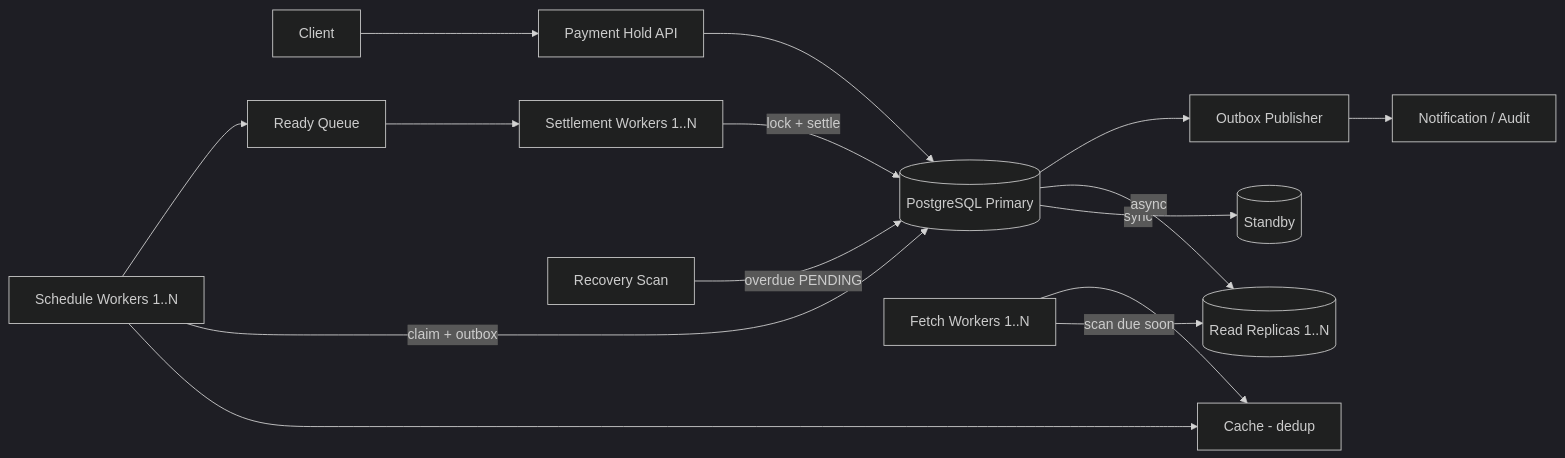
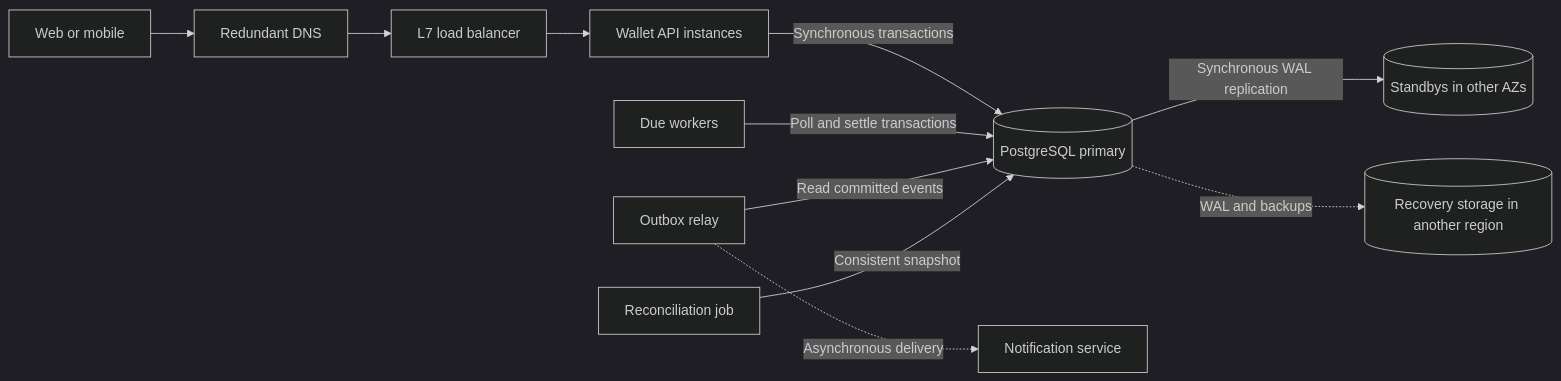
Before and after one commit to piyushkp/interview26: the first of 2 diagrams in Design/Roblox/payment-holds-design.md, drawn with Mermaid (dark theme). The commit also changed other lines of this file and 6 other files, not shown here.

````diff
--- a/Design/Roblox/payment-holds-design.md
+++ b/Design/Roblox/payment-holds-design.md
@@ -27,16 +153,13 @@
 ```mermaid
 flowchart LR
-  C[Client] --> API[Payment Hold API]
-  API --> P[(PostgreSQL Primary)]
-  P -->|sync| SB[(Standby)]
-  P -->|async| R[(Read Replicas 1..N)]
-  F[Fetch Workers 1..N] -->|scan due soon| R
-  F --> CA[Cache - dedup]
-  S[Schedule Workers 1..N] --> CA
-  S -->|claim + outbox| P
-  S --> Q[Ready Queue]
-  Q --> W[Settlement Workers 1..N]
-  W -->|lock + settle| P
-  P --> O[Outbox Publisher] --> N[Notification / Audit]
-  RS[Recovery Scan] -->|overdue PENDING| P
+  Client[Web or mobile] --> DNS[Redundant DNS]
+  DNS --> LB[L7 load balancer]
+  LB --> API[Wallet API instances]
+  API -->|Synchronous transactions| DB[(PostgreSQL primary)]
+  Workers[Due workers] -->|Poll and settle transactions| DB
+  DB -->|Synchronous WAL replication| Standby[(Standbys in other AZs)]
+  Publisher[Outbox relay] -->|Read committed events| DB
+  Publisher -.->|Asynchronous delivery| Notify[Notification service]
+  Reconcile[Reconciliation job] -->|Consistent snapshot| DB
+  DB -.->|WAL and backups| DR[(Recovery storage in another region)]
 ```
````
